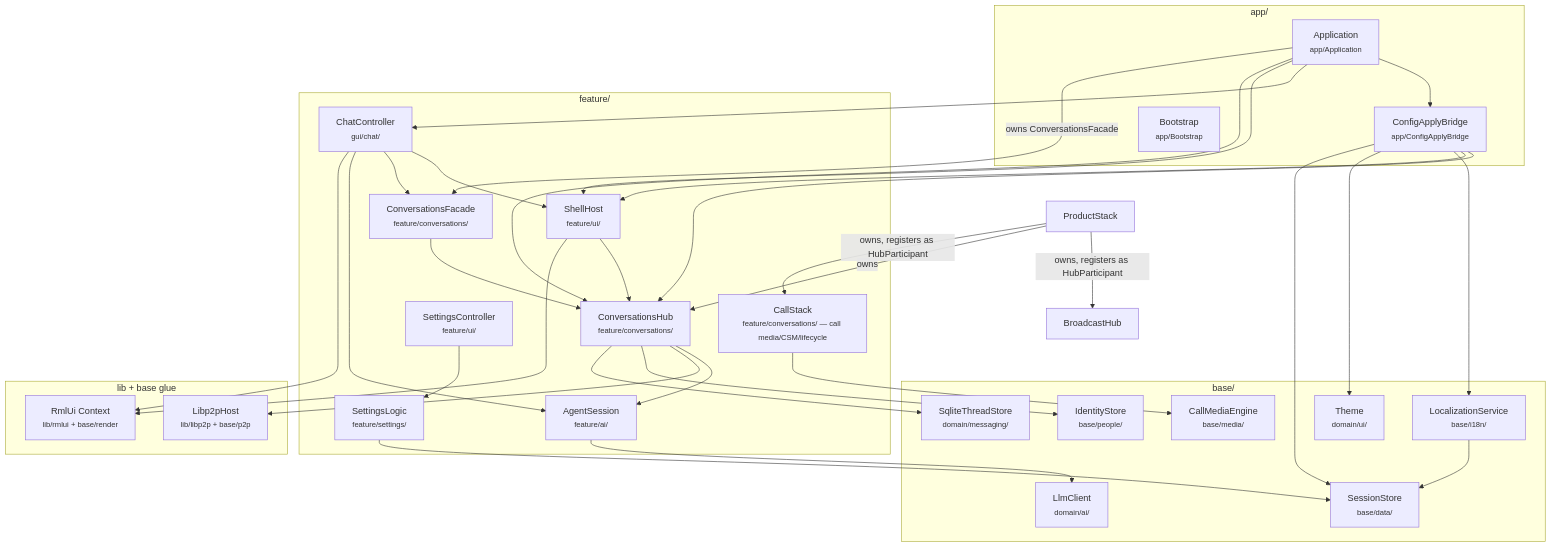
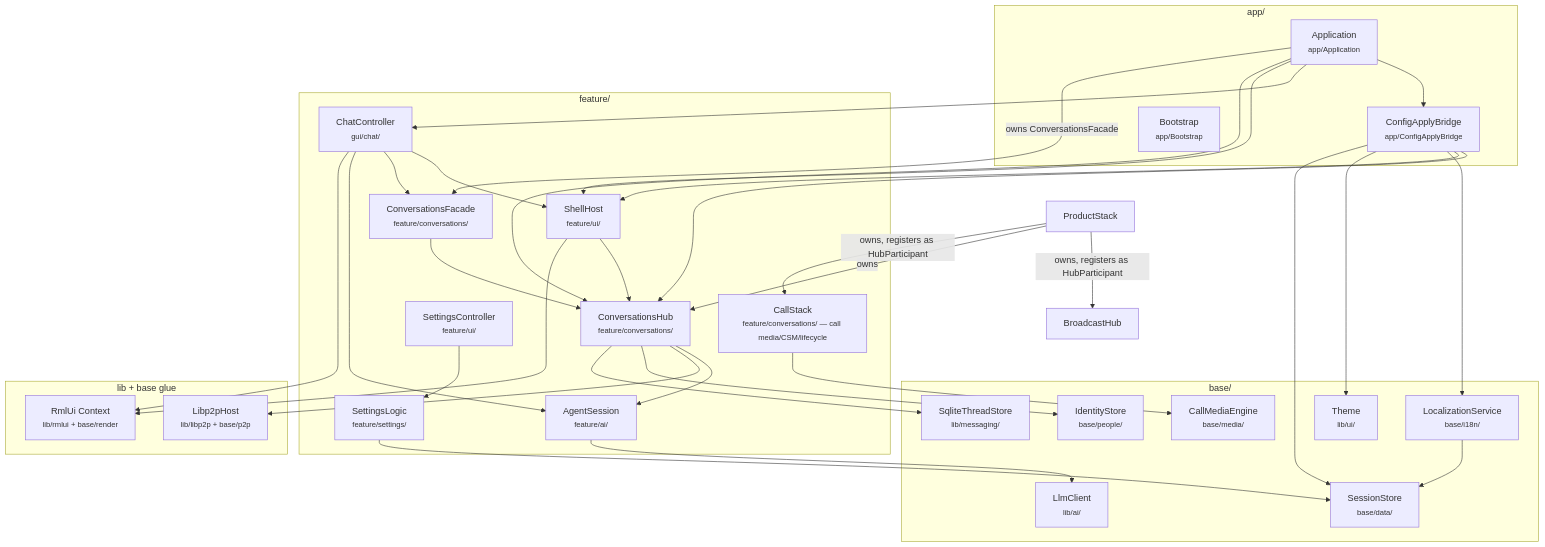
The first of 4 diagrams in docs/architecture/RUNTIME_COMPOSITION.md (people-post/pp-browser), drawn with Mermaid before and after one commit. The commit also changed other lines of this file and 1452 other files, not shown here.

First line of the commit message:
Rename src/domain to src/lib (pp_domain_* -> pp_lib_*)

````diff
--- a/docs/architecture/RUNTIME_COMPOSITION.md
+++ b/docs/architecture/RUNTIME_COMPOSITION.md
@@ -18,65 +18,65 @@
 ```mermaid
 flowchart TB
   subgraph app_layer["app/"]
     Application["Application<br/><small>app/Application</small>"]
     ConfigApplyBridge["ConfigApplyBridge<br/><small>app/ConfigApplyBridge</small>"]
     Bootstrap["Bootstrap<br/><small>app/Bootstrap</small>"]
   end
 
   subgraph feature_layer["feature/"]
     SettingsLogic["SettingsLogic<br/><small>feature/settings/</small>"]
     AgentSession["AgentSession<br/><small>feature/ai/</small>"]
     ConversationsHub["ConversationsHub<br/><small>feature/conversations/</small>"]
     CallStack["CallStack<br/><small>feature/conversations/ — call media/CSM/lifecycle</small>"]
     ConversationsFacade["ConversationsFacade<br/><small>feature/conversations/</small>"]
     ShellHost["ShellHost<br/><small>feature/ui/</small>"]
     SettingsController["SettingsController<br/><small>feature/ui/</small>"]
     ChatController["ChatController<br/><small>gui/chat/</small>"]
   end
 
   subgraph base_layer["base/"]
     SessionStore["SessionStore<br/><small>base/data/</small>"]
     LocalizationService["LocalizationService<br/><small>base/i18n/</small>"]
-    Theme["Theme<br/><small>domain/ui/</small>"]
+    Theme["Theme<br/><small>lib/ui/</small>"]
     IdentityStore["IdentityStore<br/><small>base/people/</small>"]
-    ThreadStore["SqliteThreadStore<br/><small>domain/messaging/</small>"]
-    LlmClient["LlmClient<br/><small>domain/ai/</small>"]
+    ThreadStore["SqliteThreadStore<br/><small>lib/messaging/</small>"]
+    LlmClient["LlmClient<br/><small>lib/ai/</small>"]
     CallMediaEngine["CallMediaEngine<br/><small>base/media/</small>"]
   end
 
   subgraph libs["lib + base glue"]
     RmlUi["RmlUi Context<br/><small>lib/rmlui + base/render</small>"]
     Libp2p["Libp2pHost<br/><small>lib/libp2p + base/p2p</small>"]
   end
 
   Application --> ConfigApplyBridge
   Application --> ChatController
   Application --> ShellHost
   Application --> ConversationsHub
   Application -->|owns ConversationsFacade| ConversationsFacade
   ConversationsFacade --> ConversationsHub
   ConfigApplyBridge --> ConversationsHub
   ConfigApplyBridge --> ShellHost
   ConfigApplyBridge --> LocalizationService
   ConfigApplyBridge --> Theme
   ConfigApplyBridge --> SessionStore
 
   ChatController --> ShellHost
   ChatController --> ConversationsFacade
   ChatController --> AgentSession
   ShellHost --> ConversationsHub
   SettingsController --> SettingsLogic
   ConversationsHub --> AgentSession
   ConversationsHub --> Libp2p
   ConversationsHub --> IdentityStore
   ConversationsHub --> ThreadStore
   ProductStack -->|owns| ConversationsHub
   ProductStack -->|owns, registers as HubParticipant| CallStack
   ProductStack -->|owns, registers as HubParticipant| BroadcastHub
   CallStack --> CallMediaEngine
   ShellHost --> RmlUi
   ChatController --> RmlUi
   SettingsLogic --> SessionStore
   AgentSession --> LlmClient
   LocalizationService --> SessionStore
 ```
````
